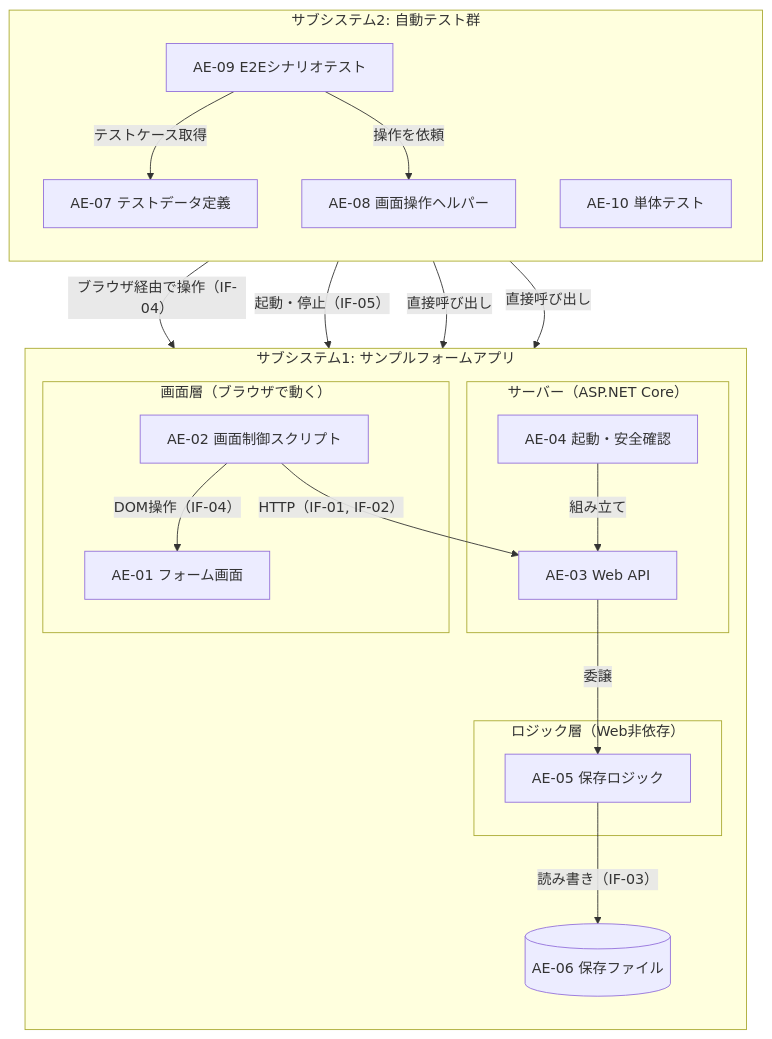
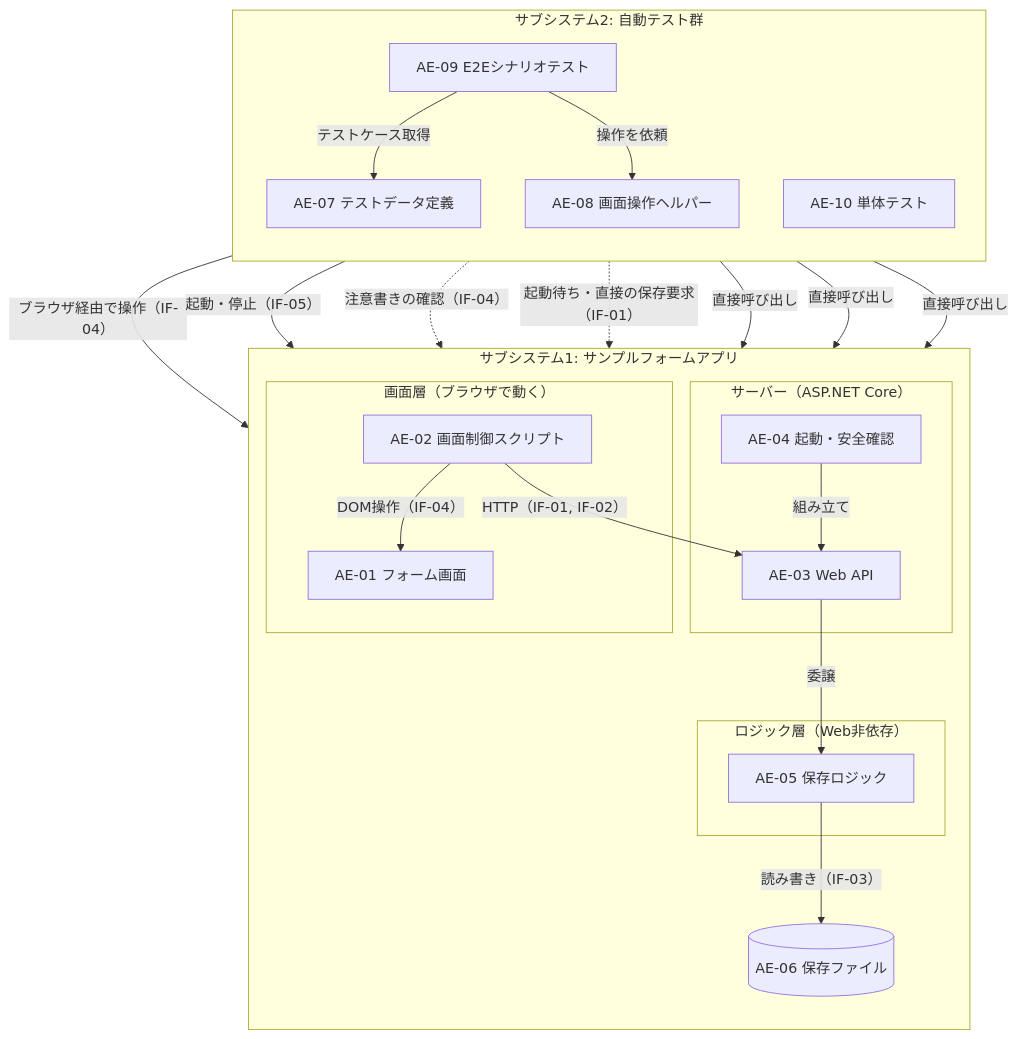
Before and after one commit to SanghunIm1991/learn-playwright-dotnet: the second of 6 diagrams in docs/learning_samples/usdm_system_design/02_system_architecture.md, drawn with Mermaid. The commit also changed other lines of this file and 2 other files, not shown here.

````diff
--- a/docs/learning_samples/usdm_system_design/02_system_architecture.md
+++ b/docs/learning_samples/usdm_system_design/02_system_architecture.md
@@ -80,37 +80,40 @@
 ```mermaid
 flowchart TB
     subgraph SS1["サブシステム1: サンプルフォームアプリ"]
         direction TB
         subgraph FE["画面層（ブラウザで動く）"]
             AE01["AE-01 フォーム画面"]
             AE02["AE-02 画面制御スクリプト"]
         end
         subgraph BE["サーバー（ASP.NET Core）"]
             AE04["AE-04 起動・安全確認"]
             AE03["AE-03 Web API"]
         end
         subgraph LG["ロジック層（Web非依存）"]
             AE05["AE-05 保存ロジック"]
         end
         AE06[("AE-06 保存ファイル")]
     end
     subgraph SS2["サブシステム2: 自動テスト群"]
         direction TB
         AE09["AE-09 E2Eシナリオテスト"]
         AE07["AE-07 テストデータ定義"]
         AE08["AE-08 画面操作ヘルパー"]
         AE10["AE-10 単体テスト"]
     end
 
     AE02 -- "DOM操作（IF-04）" --> AE01
     AE02 -- "HTTP（IF-01, IF-02）" --> AE03
     AE04 -- "組み立て" --> AE03
     AE03 -- "委譲" --> AE05
     AE05 -- "読み書き（IF-03）" --> AE06
     AE09 -- "テストケース取得" --> AE07
     AE09 -- "操作を依頼" --> AE08
     AE08 -- "ブラウザ経由で操作（IF-04）" --> AE01
     AE09 -- "起動・停止（IF-05）" --> AE04
+    AE09 -. "注意書きの確認（IF-04）" .-> AE01
+    AE09 -. "起動待ち・直接の保存要求（IF-01）" .-> AE03
     AE10 -- "直接呼び出し" --> AE05
     AE10 -- "直接呼び出し" --> AE03
+    AE10 -- "直接呼び出し" --> AE04
 ```
````
